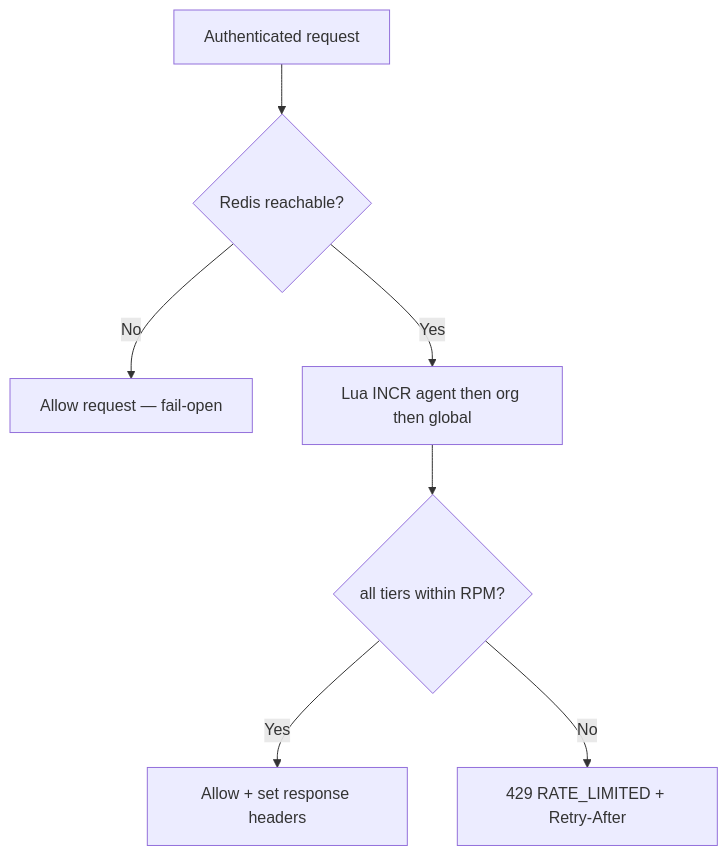
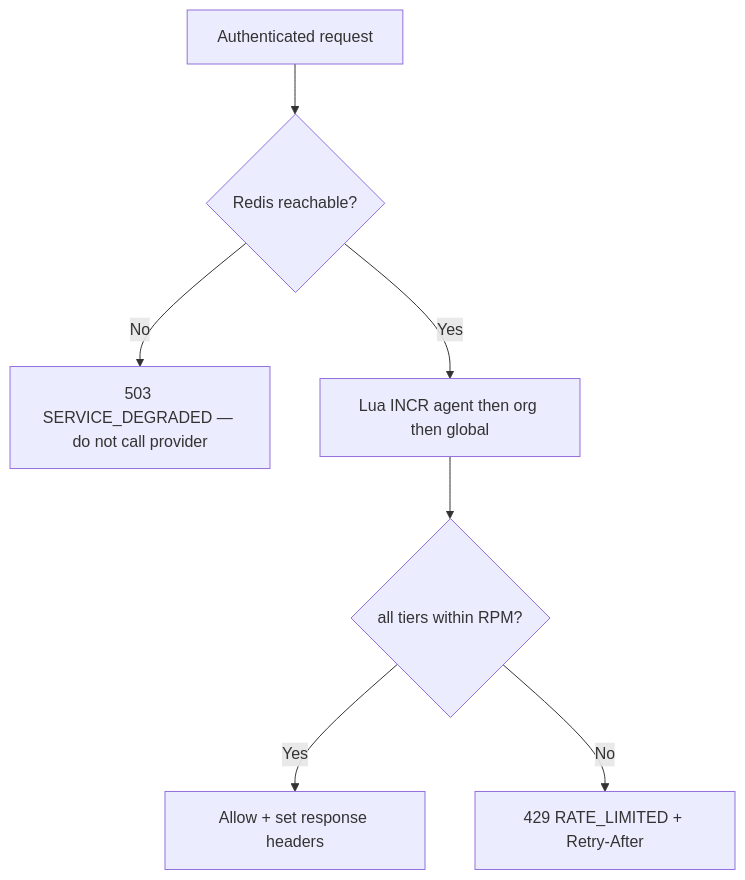
Before and after one commit to Rick1330/ibex-harness: the diagram in web/content/docs/proxy/rate-limiting.mdx, drawn with Mermaid. The commit also changed other lines of this file and 76 other files, not shown here.

````diff
--- a/web/content/docs/proxy/rate-limiting.mdx
+++ b/web/content/docs/proxy/rate-limiting.mdx
@@ -16,9 +16,9 @@
 ```mermaid
 flowchart TD
   A[Authenticated request] --> B{Redis reachable?}
-  B -->|No| C[Allow request — fail-open]
+  B -->|No| C[503 SERVICE_DEGRADED — do not call provider]
   B -->|Yes| D[Lua INCR agent then org then global]
   D --> E{all tiers within RPM?}
   E -->|Yes| F[Allow + set response headers]
   E -->|No| G[429 RATE_LIMITED + Retry-After]
 ```
````
